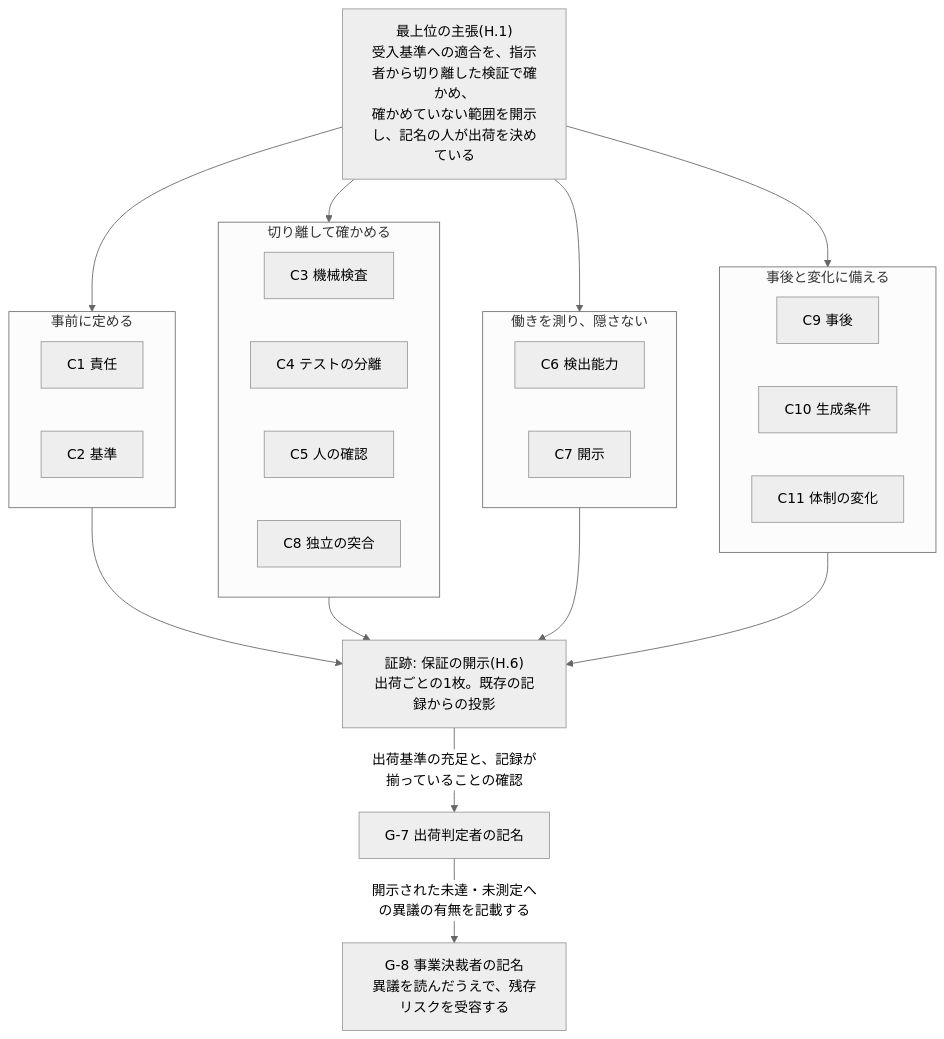
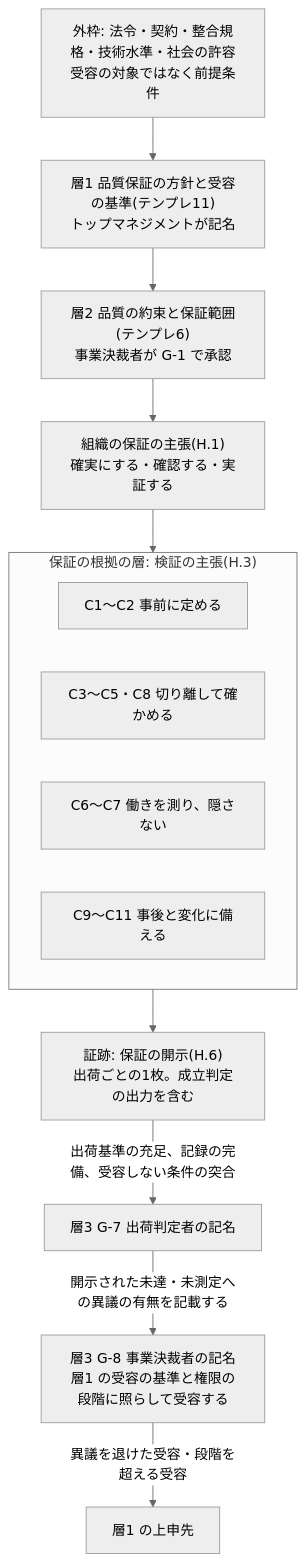
One commit to Takenori-Kusaka/process-compass changed the diagram in src/content/docs/phase4-process-design/assurance-case.md. Above: the diagram before and after it, drawn with Mermaid (neutral theme). The commit also changed other lines of this file and 47 other files, not shown here.

````diff
--- a/src/content/docs/phase4-process-design/assurance-case.md
+++ b/src/content/docs/phase4-process-design/assurance-case.md
@@ -16,33 +16,19 @@
 ```mermaid
 graph TD
-  G0["最上位の主張(H.1)<br>受入基準への適合を、指示者から切り離した検証で確かめ、<br>確かめていない範囲を開示し、記名の人が出荷を決めている"]
-  subgraph S1["事前に定める"]
-    C1["C1 責任"]
-    C2["C2 基準"]
+  OUT["外枠: 法令・契約・整合規格・技術水準・社会の許容<br>受容の対象ではなく前提条件"]
+  L1["層1 品質保証の方針と受容の基準(テンプレ11)<br>トップマネジメントが記名"]
+  L2["層2 品質の約束と保証範囲(テンプレ6)<br>事業決裁者が G-1 で承認"]
+  G0["組織の保証の主張(H.1)<br>確実にする・確認する・実証する"]
+  OUT --> L1 --> L2 --> G0
+  subgraph V["保証の根拠の層: 検証の主張(H.3)"]
+    C1["C1〜C2 事前に定める"]
+    C3["C3〜C5・C8 切り離して確かめる"]
+    C6["C6〜C7 働きを測り、隠さない"]
+    C9["C9〜C11 事後と変化に備える"]
   end
-  subgraph S2["切り離して確かめる"]
-    C3["C3 機械検査"]
-    C4["C4 テストの分離"]
-    C5["C5 人の確認"]
-    C8["C8 独立の突合"]
-  end
-  subgraph S3["働きを測り、隠さない"]
-    C6["C6 検出能力"]
-    C7["C7 開示"]
-  end
-  subgraph S4["事後と変化に備える"]
-    C9["C9 事後"]
-    C10["C10 生成条件"]
-    C11["C11 体制の変化"]
-  end
-  G0 --> S1
-  G0 --> S2
-  G0 --> S3
-  G0 --> S4
-  S1 --> E["証跡: 保証の開示(H.6)<br>出荷ごとの1枚。既存の記録からの投影"]
-  S2 --> E
-  S3 --> E
-  S4 --> E
-  E -->|出荷基準の充足と、記録が揃っていることの確認| J7["G-7 出荷判定者の記名"]
-  J7 -->|開示された未達・未測定への異議の有無を記載する| J8["G-8 事業決裁者の記名<br>異議を読んだうえで、残存リスクを受容する"]
+  G0 --> V
+  V --> E["証跡: 保証の開示(H.6)<br>出荷ごとの1枚。成立判定の出力を含む"]
+  E -->|出荷基準の充足、記録の完備、受容しない条件の突合| J7["層3 G-7 出荷判定者の記名"]
+  J7 -->|開示された未達・未測定への異議の有無を記載する| J8["層3 G-8 事業決裁者の記名<br>層1 の受容の基準と権限の段階に照らして受容する"]
+  J8 -->|異議を退けた受容・段階を超える受容| UP["層1 の上申先"]
 ```
````
